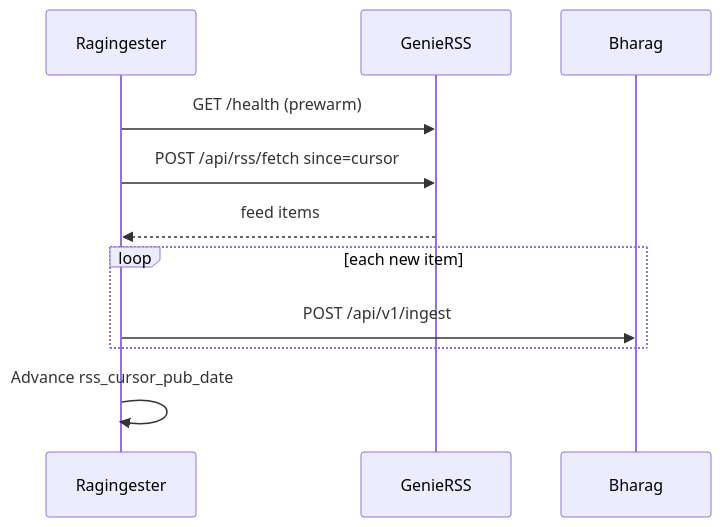
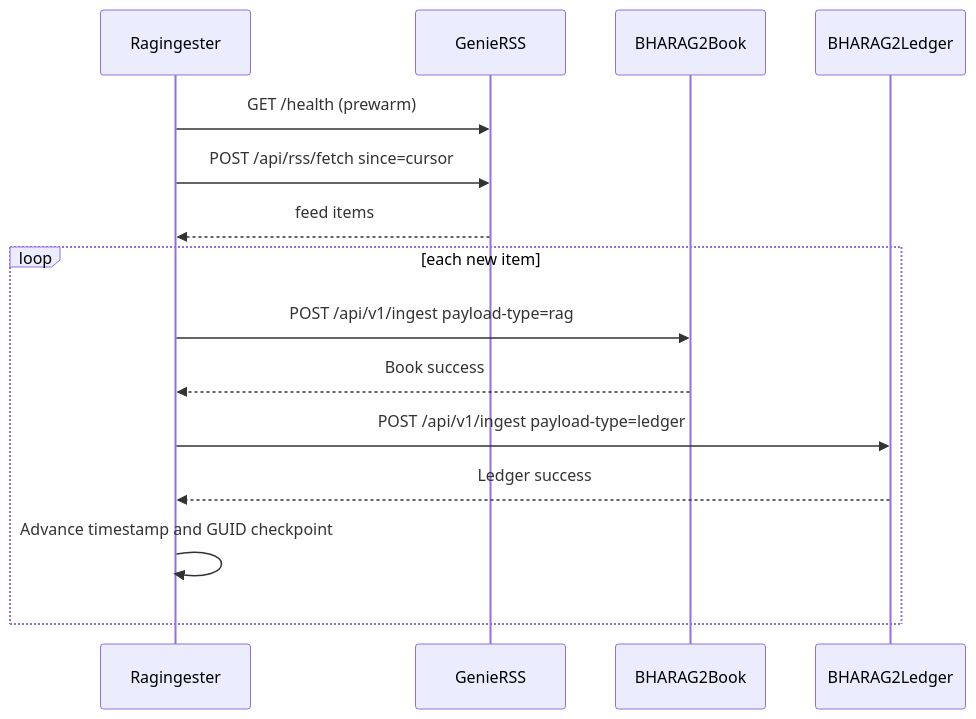
The third of 4 diagrams in docs/ingestion-stack.md (kaiqi-eng/ragingester), drawn with Mermaid before and after one commit. The commit also changed other lines of this file and 8 other files, not shown here.

First line of the commit message:
Migrate RSS ingestion to BHARAG2 Book and Ledger

````diff
--- a/docs/ingestion-stack.md
+++ b/docs/ingestion-stack.md
@@ -210,14 +213,18 @@
 ```mermaid
 sequenceDiagram
   participant R as Ragingester
   participant G as GenieRSS
-  participant B as Bharag
+  participant B as BHARAG2Book
+  participant L as BHARAG2Ledger
 
   R->>G: GET /health (prewarm)
   R->>G: POST /api/rss/fetch since=cursor
   G-->>R: feed items
   loop each new item
-    R->>B: POST /api/v1/ingest
+    R->>B: POST /api/v1/ingest payload-type=rag
+    B-->>R: Book success
+    R->>L: POST /api/v1/ingest payload-type=ledger
+    L-->>R: Ledger success
+    R->>R: Advance timestamp and GUID checkpoint
   end
-  R->>R: Advance rss_cursor_pub_date
 ```
````
